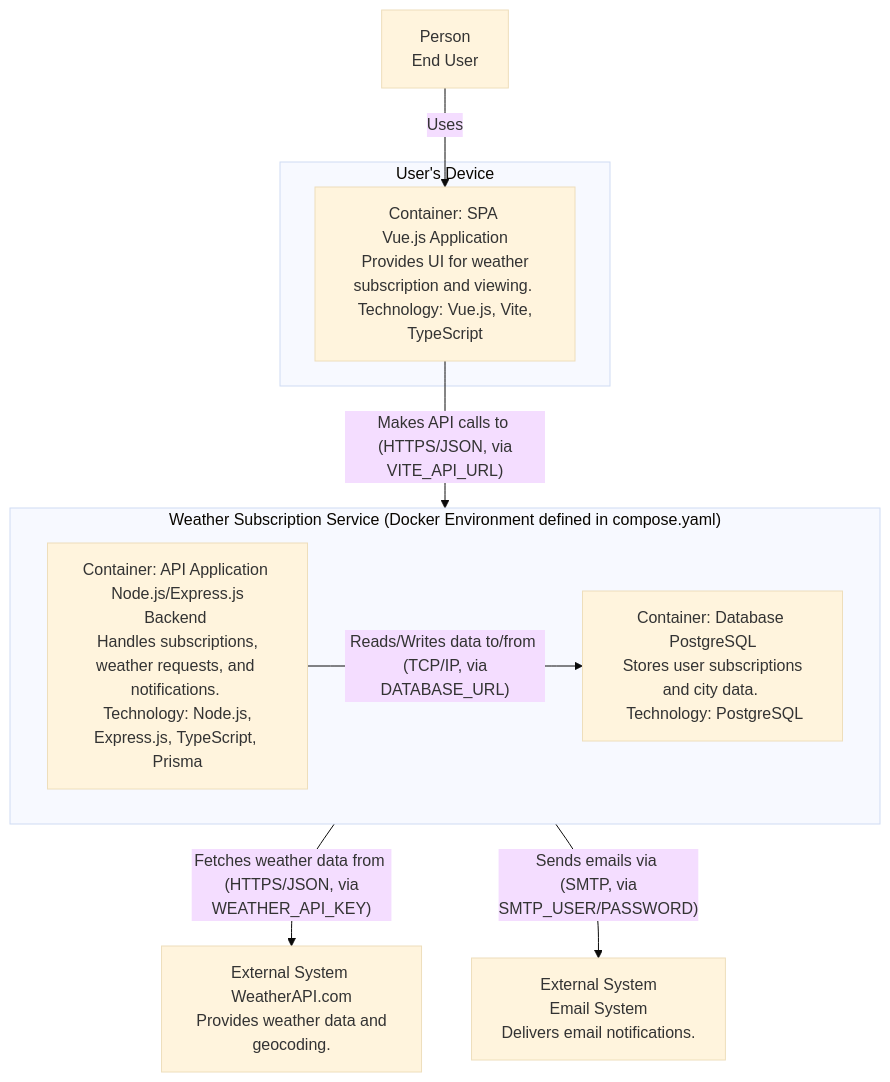
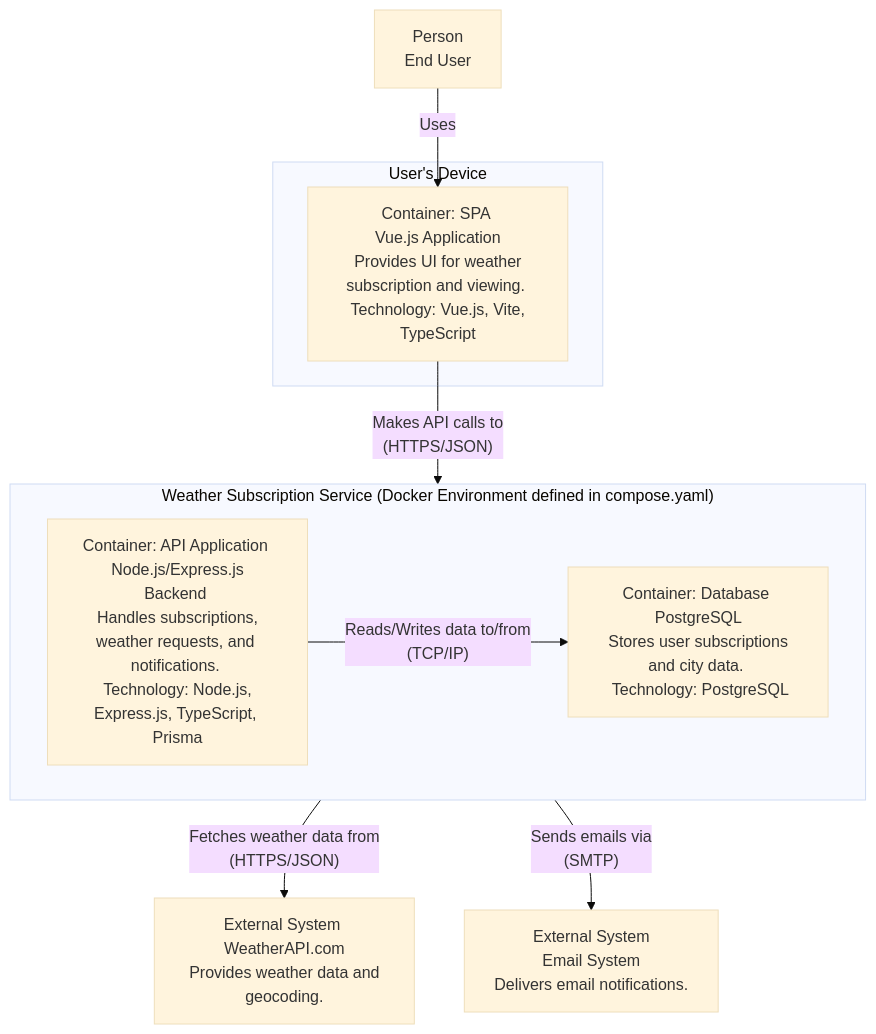
One commit to GenesisEducationKyiv/software-engineering-school-5-0-volodymyr-malishevskyi changed the second of 7 diagrams in docs/SDD.md. Above: the diagram before and after it, drawn with Mermaid (base theme). The commit also changed other lines of this file, not shown here.

````diff
--- a/docs/SDD.md
+++ b/docs/SDD.md
@@ -97,24 +97,24 @@
 ```mermaid
 graph TD
     UserDeviceUser[Person <br> End User]
 
     subgraph "User's Device"
         FrontendApp[Container: SPA <br> Vue.js Application <br> Provides UI for weather subscription and viewing. <br> Technology: Vue.js, Vite, TypeScript]
     end
 
     subgraph "Weather Subscription Service (Docker Environment defined in compose.yaml)"
         direction LR
         BackendAPI[Container: API Application <br> Node.js/Express.js Backend <br> Handles subscriptions, weather requests, and notifications. <br> Technology: Node.js, Express.js, TypeScript, Prisma]
         Database[Container: Database <br> PostgreSQL <br> Stores user subscriptions and city data. <br> Technology: PostgreSQL]
     end
 
     ExternalWeatherAPI_C2[External System <br> WeatherAPI.com <br> Provides weather data and geocoding.]
     EmailSystem_C2[External System <br> Email System <br> Delivers email notifications.]
 
     UserDeviceUser -- Uses --> FrontendApp
 
-    FrontendApp -- Makes API calls to <br> (HTTPS/JSON, via VITE_API_URL) --> BackendAPI
-    BackendAPI -- Reads/Writes data to/from <br> (TCP/IP, via DATABASE_URL) --> Database
-    BackendAPI -- Fetches weather data from <br> (HTTPS/JSON, via WEATHER_API_KEY) --> ExternalWeatherAPI_C2
-    BackendAPI -- Sends emails via <br> (SMTP, via SMTP_USER/PASSWORD) --> EmailSystem_C2
+    FrontendApp -- Makes API calls to <br> (HTTPS/JSON) --> BackendAPI
+    BackendAPI -- Reads/Writes data to/from <br> (TCP/IP) --> Database
+    BackendAPI -- Fetches weather data from <br> (HTTPS/JSON) --> ExternalWeatherAPI_C2
+    BackendAPI -- Sends emails via <br> (SMTP) --> EmailSystem_C2
 ```
````
